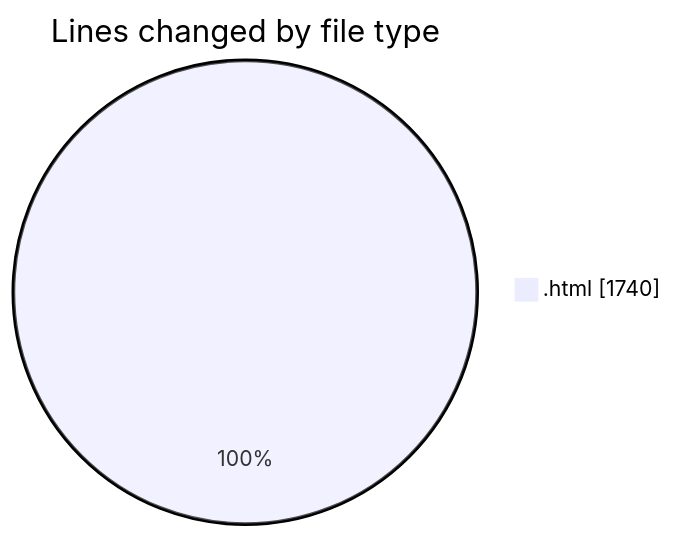
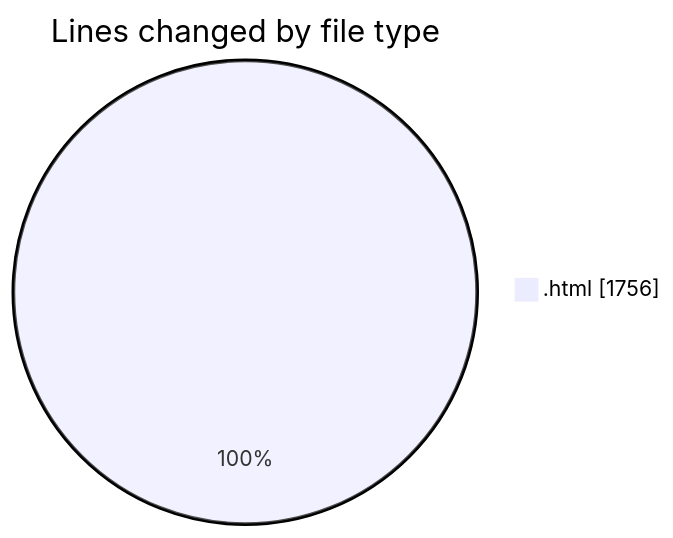
The first of 2 diagrams in 2025-06-22/mosaico-test-3/README.md (robertbonfada/code-tracking), drawn with Mermaid before and after one commit. The commit also changed other lines of this file and 1 other file, not shown here.

````diff
--- a/2025-06-22/mosaico-test-3/README.md
+++ b/2025-06-22/mosaico-test-3/README.md
@@ -20,5 +20,5 @@
 ```mermaid
 pie showData
 title Lines changed by file type
-".html" : 1740
+".html" : 1756
 ```
````
